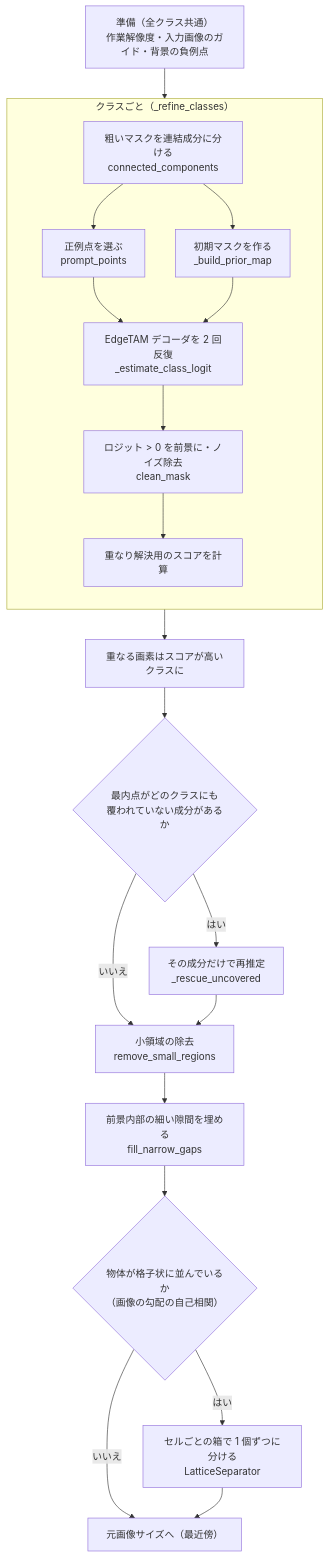
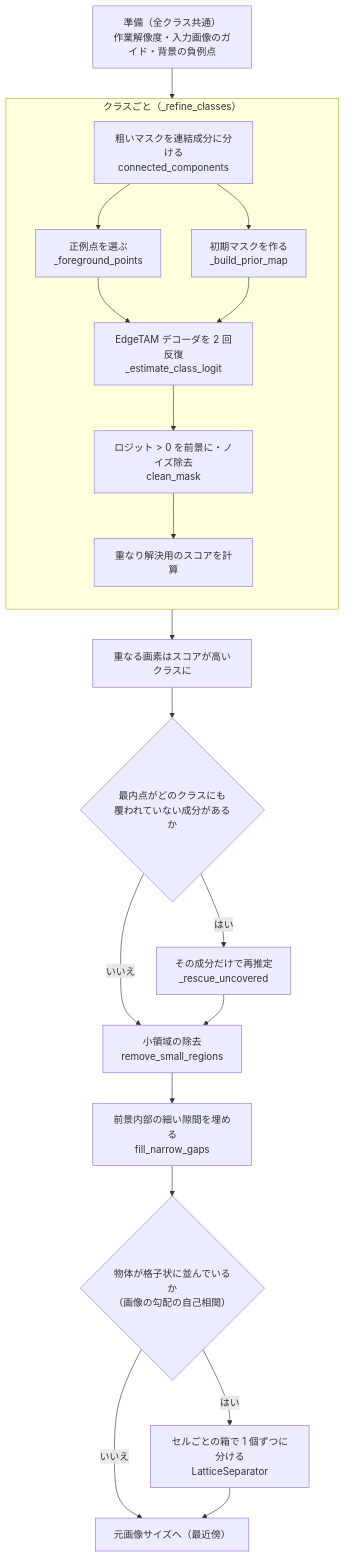
One commit to fklg-64/pe_anything_detect changed the first of 8 diagrams in docs/detailed_segmentation.md. Above: the diagram before and after it, drawn with Mermaid. The commit also changed other lines of this file and 15 other files, not shown here.

````diff
--- a/docs/detailed_segmentation.md
+++ b/docs/detailed_segmentation.md
@@ -15,25 +15,25 @@
 ```mermaid
 flowchart TD
     S["準備（全クラス共通）<br/>作業解像度・入力画像のガイド・背景の負例点"] --> L
 
     subgraph L["クラスごと（_refine_classes）"]
         direction TB
-        L1["粗いマスクを連結成分に分ける<br/>connected_components"] --> L2["正例点を選ぶ<br/>prompt_points"]
+        L1["粗いマスクを連結成分に分ける<br/>connected_components"] --> L2["正例点を選ぶ<br/>_foreground_points"]
         L1 --> L3["初期マスクを作る<br/>_build_prior_map"]
         L2 --> L4["EdgeTAM デコーダを 2 回反復<br/>_estimate_class_logit"]
         L3 --> L4
         L4 --> L5["ロジット > 0 を前景に・ノイズ除去<br/>clean_mask"]
         L5 --> L6["重なり解決用のスコアを計算"]
     end
 
     L --> M["重なる画素はスコアが高いクラスに"]
     M --> N{"最内点がどのクラスにも<br/>覆われていない成分があるか"}
     N -->|はい| O["その成分だけで再推定<br/>_rescue_uncovered"]
     N -->|いいえ| P
     O --> P["小領域の除去<br/>remove_small_regions"]
     P --> Q["前景内部の細い隙間を埋める<br/>fill_narrow_gaps"]
     Q --> G{"物体が格子状に並んでいるか<br/>（画像の勾配の自己相関）"}
     G -->|はい| H["セルごとの箱で 1 個ずつに分ける<br/>LatticeSeparator"]
     G -->|いいえ| R
     H --> R["元画像サイズへ（最近傍）"]
 ```
````
